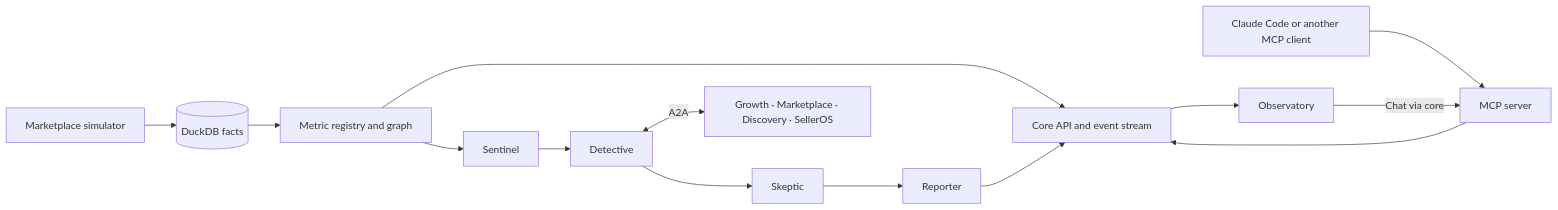
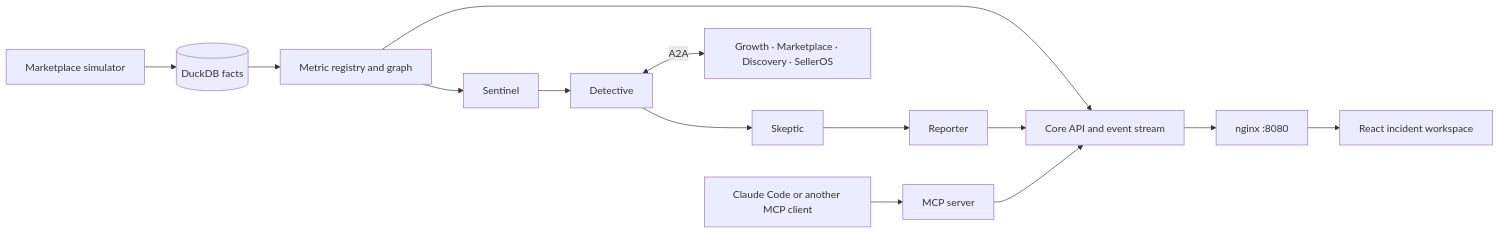
Before and after one commit to hacklab11/apollo-11: the diagram in README.md, drawn with Mermaid. The commit also changed other lines of this file and 56 other files, not shown here.

First line of the commit message:
step16: replace legacy web with the React incident workspace (#86)

````diff
--- a/README.md
+++ b/README.md
@@ -219,15 +253,14 @@
 ```mermaid
 flowchart LR
     Sim["Marketplace simulator"] --> DB[("DuckDB facts")]
     DB --> Graph["Metric registry and graph"]
     Graph --> Sentinel
     Sentinel --> Detective
     Detective --> Skeptic --> Reporter
     Detective <-->|A2A| Agents["Growth · Marketplace · Discovery · SellerOS"]
     Graph --> API["Core API and event stream"]
     Reporter --> API
-    API --> UI["Observatory"]
+    API --> Proxy["nginx :8080"] --> UI["React incident workspace"]
     MCP["MCP server"] --> API
     Client["Claude Code or another MCP client"] --> MCP
-    UI -->|Chat via core| MCP
 ```
````
